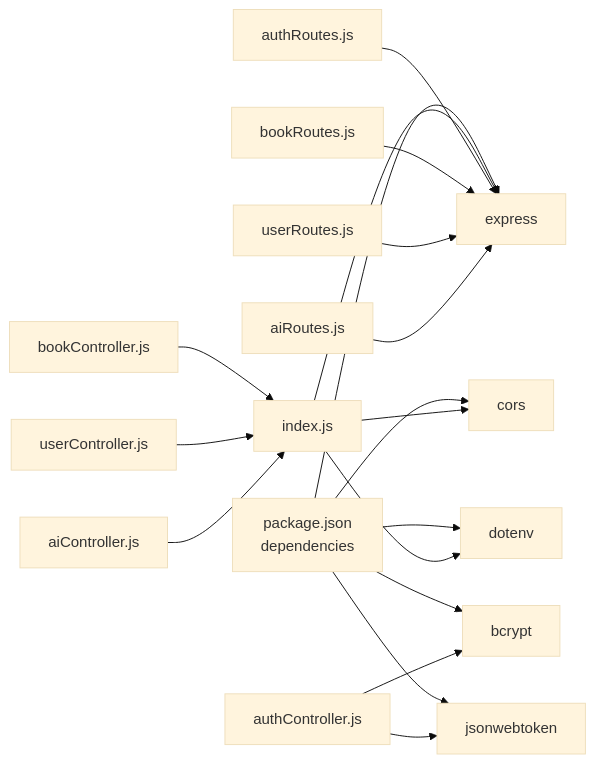
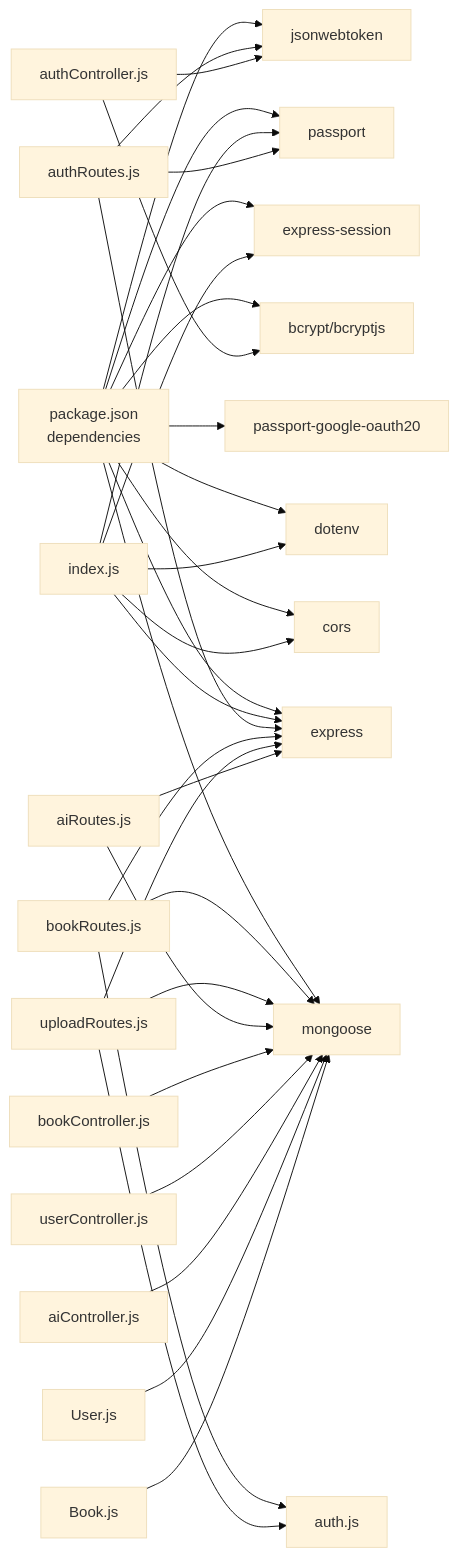
One commit to ganesh-NB/readsphere changed the fourth of 5 diagrams in .qoder/repowiki/en/content/Backend API Documentation/Backend API Documentation.md. Above: the diagram before and after it, drawn with Mermaid (base theme). The commit also changed other lines of this file and 46 other files, not shown here.

````diff
--- a/.qoder/repowiki/en/content/Backend API Documentation/Backend API Documentation.md
+++ b/.qoder/repowiki/en/content/Backend API Documentation/Backend API Documentation.md
@@ -408,20 +575,35 @@
 ```mermaid
 graph LR
 P["package.json<br/>dependencies"] --> E["express"]
 P --> C["cors"]
 P --> D["dotenv"]
-P --> B["bcrypt"]
+P --> B["bcrypt/bcryptjs"]
 P --> J["jsonwebtoken"]
+P --> M["mongoose"]
+P --> PG["passport"]
+P --> GO["passport-google-oauth20"]
+P --> ES["express-session"]
 IDX["index.js"] --> E
 IDX --> C
 IDX --> D
+IDX --> PG
+IDX --> ES
 AR["authRoutes.js"] --> E
+AR --> PG
+AR --> J
 BR["bookRoutes.js"] --> E
-UR["userRoutes.js"] --> E
+BR --> M
+BR --> A["auth.js"]
+UR["uploadRoutes.js"] --> E
+UR --> M
+UR --> A
 IR["aiRoutes.js"] --> E
+IR --> M
 AC["authController.js"] --> B
 AC --> J
-BC["bookController.js"] --> IDX
-UC["userController.js"] --> IDX
-IC["aiController.js"] --> IDX
+BC["bookController.js"] --> M
+UC["userController.js"] --> M
+IC["aiController.js"] --> M
+UM["User.js"] --> M
+BM["Book.js"] --> M
 ```
````
